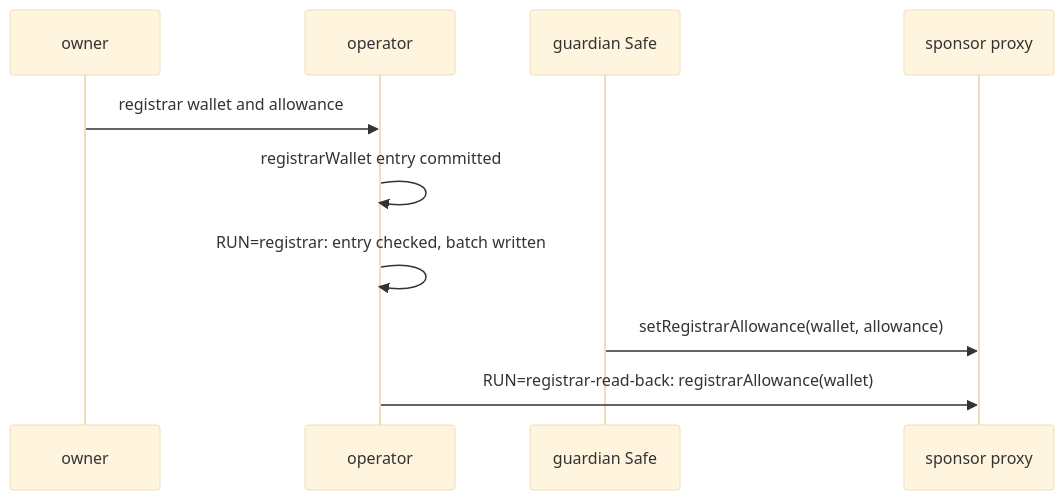
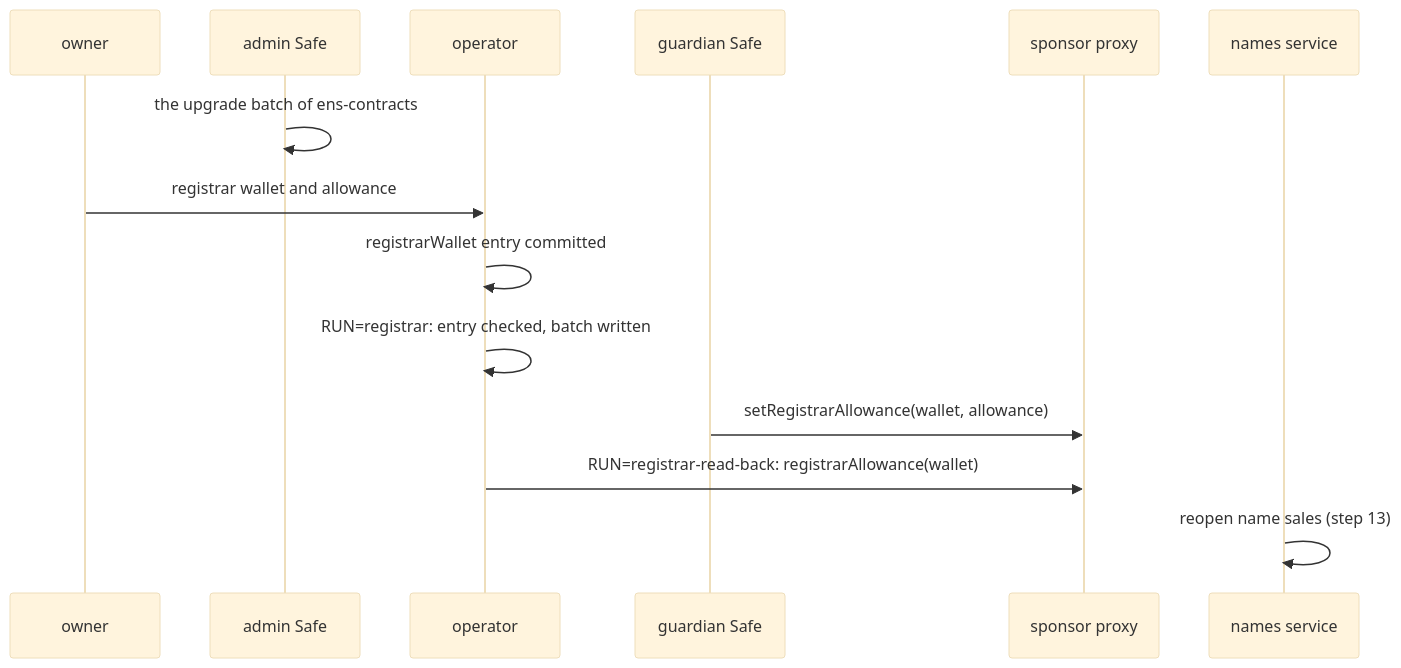
One commit to brenzi-agent/simplex-namespace-contract changed the third of 7 diagrams in docs/deployment.md. Above: the diagram before and after it, drawn with Mermaid (base theme). The commit also changed other lines of this file, not shown here.

````diff
--- a/docs/deployment.md
+++ b/docs/deployment.md
@@ -677,12 +723,16 @@
 ```mermaid
 sequenceDiagram
   participant W as owner
+  participant A as admin Safe
   participant O as operator
   participant G as guardian Safe
   participant S as sponsor proxy
+  participant N as names service
+  A->>A: the upgrade batch of ens-contracts#51, executed
   W->>O: registrar wallet and allowance
   O->>O: registrarWallet entry committed
   O->>O: RUN=registrar: entry checked, batch written
   G->>S: setRegistrarAllowance(wallet, allowance)
   O->>S: RUN=registrar-read-back: registrarAllowance(wallet)
+  N->>N: reopen name sales (step 13)
 ```
````
